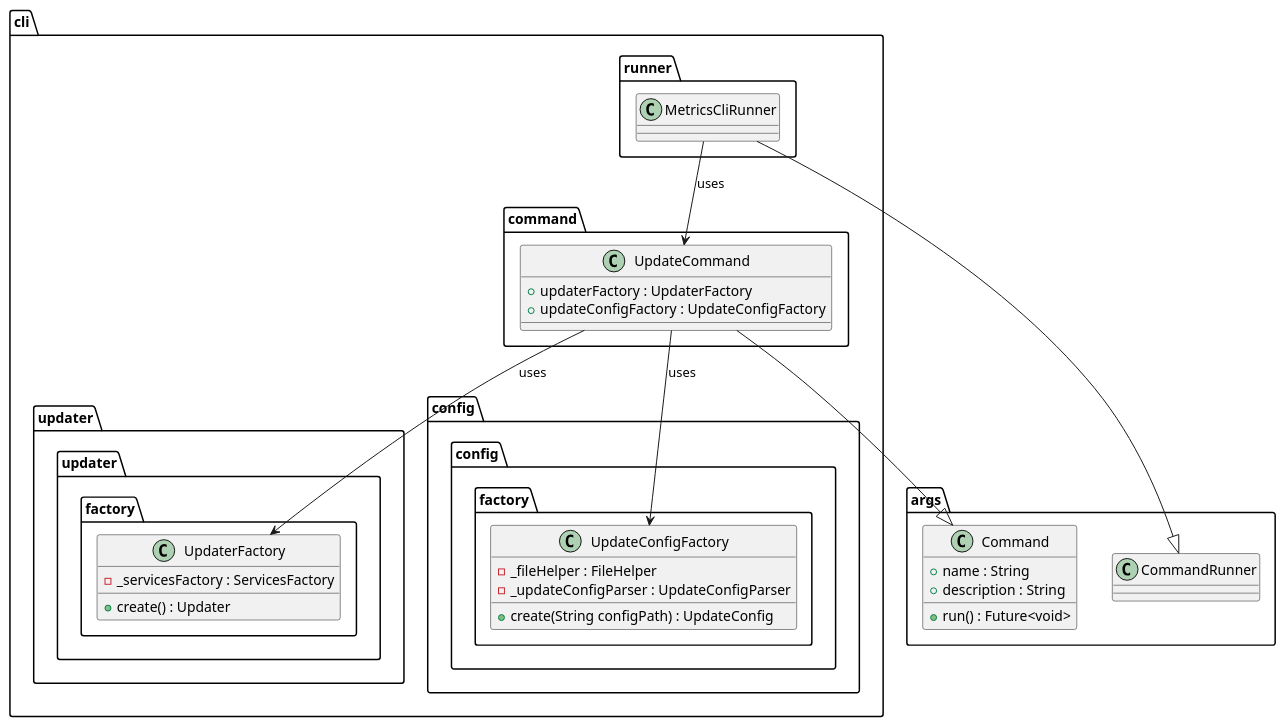
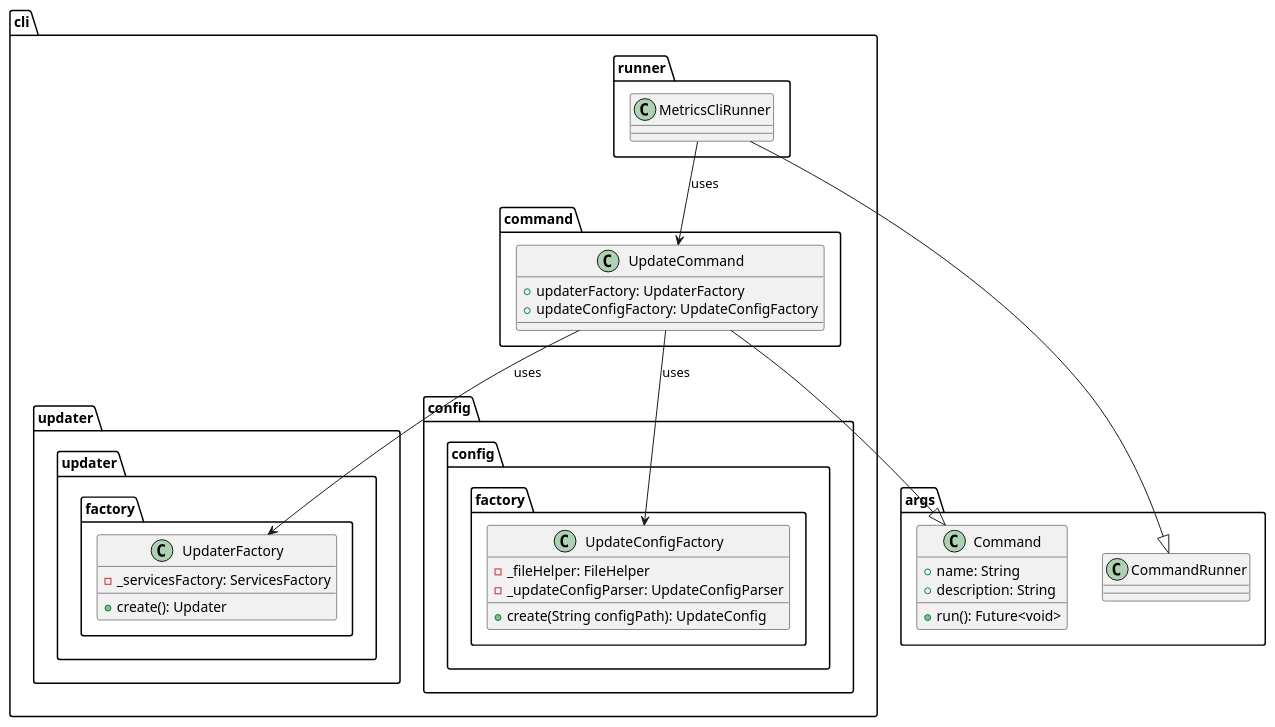
The diagram in metrics/cli/docs/features/diagrams/update_command_integration_class_diagram.puml (Flank/flank-dashboard), drawn with PlantUML before and after one commit. The commit also changed 7 other files, not shown here.

```diff
--- a/metrics/cli/docs/features/diagrams/update_command_integration_class_diagram.puml
+++ b/metrics/cli/docs/features/diagrams/update_command_integration_class_diagram.puml
@@ -1,52 +1,52 @@
 @startuml update_command_integration_class_diagram
 
 package args {
     class CommandRunner{}
     class Command {
-        + name : String
-        + description : String
-        + run() : Future<void>
+        + name: String
+        + description: String
+        + run(): Future<void>
     }
 }
 
 package cli {
     package updater {
         package factory as updater.factory {
             class UpdaterFactory {
-                - _servicesFactory : ServicesFactory
-                + create() : Updater
+                - _servicesFactory: ServicesFactory
+                + create(): Updater
             }
         }
     }
 
     package config {
         package factory as config.factory {
             class UpdateConfigFactory {
-                - _fileHelper : FileHelper
-                - _updateConfigParser : UpdateConfigParser
-                + create(String configPath) : UpdateConfig
+                - _fileHelper: FileHelper
+                - _updateConfigParser: UpdateConfigParser
+                + create(String configPath): UpdateConfig
             }
         }
     }
 
     package runner {
         class MetricsCliRunner {}
     }
 
     package command {
         class UpdateCommand {
-            + updaterFactory : UpdaterFactory
-            + updateConfigFactory : UpdateConfigFactory
+            + updaterFactory: UpdaterFactory
+            + updateConfigFactory: UpdateConfigFactory
         }
     }
 }
 
-MetricsCliRunner --> UpdateCommand : uses
-UpdateCommand --> UpdaterFactory : uses
-UpdateCommand --> UpdateConfigFactory : uses
+MetricsCliRunner --> UpdateCommand: uses
+UpdateCommand --> UpdaterFactory: uses
+UpdateCommand --> UpdateConfigFactory: uses
 
 UpdateCommand --|> Command
 
 MetricsCliRunner --|> CommandRunner
 
 @enduml
```
